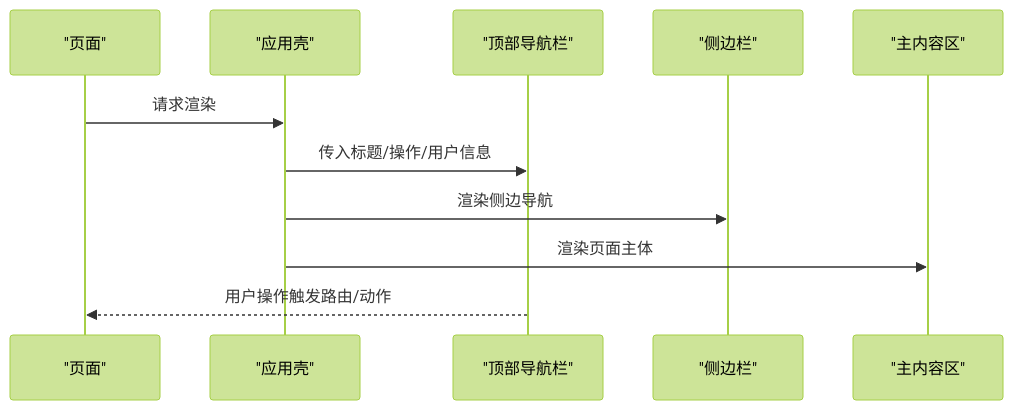
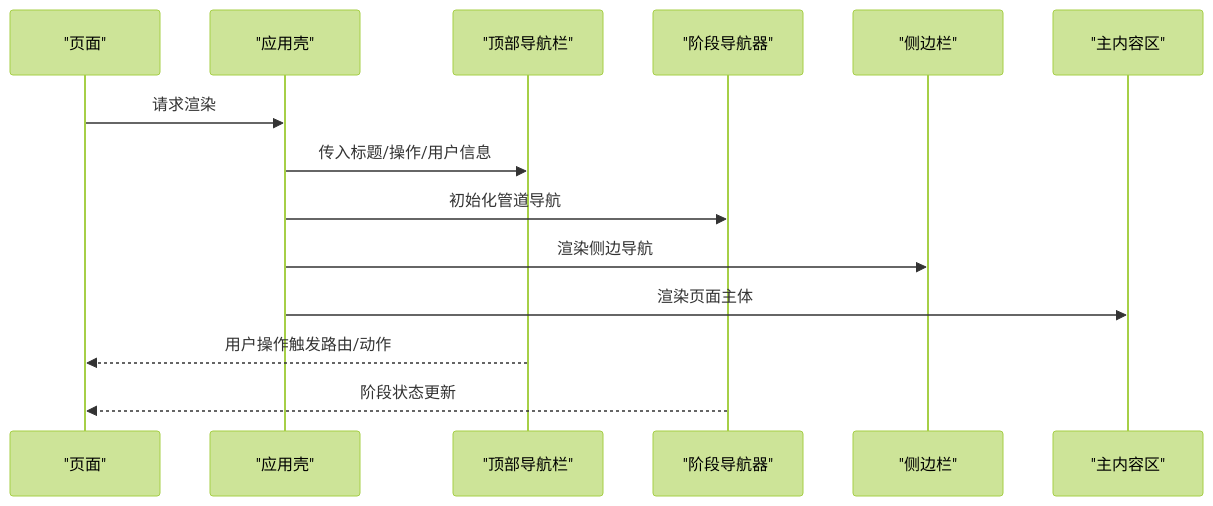
The fifth of 7 diagrams in .qoder/repowiki/zh/content/UI 组件库/业务组件/顶部导航栏组件.md (AIMFllyYS/code-video-canvas), drawn with Mermaid (forest theme) before and after one commit. The commit also changed other lines of this file and 51 other files, not shown here.

````diff
--- a/.qoder/repowiki/zh/content/UI 组件库/业务组件/顶部导航栏组件.md
+++ b/.qoder/repowiki/zh/content/UI 组件库/业务组件/顶部导航栏组件.md
@@ -236,13 +300,16 @@
 ```mermaid
 sequenceDiagram
 participant Page as "页面"
 participant Shell as "应用壳"
 participant TopBar as "顶部导航栏"
+participant StageNav as "阶段导航器"
 participant Sidebar as "侧边栏"
 participant Content as "主内容区"
 Page->>Shell : 请求渲染
 Shell->>TopBar : 传入标题/操作/用户信息
+Shell->>StageNav : 初始化管道导航
 Shell->>Sidebar : 渲染侧边导航
 Shell->>Content : 渲染页面主体
 TopBar-->>Page : 用户操作触发路由/动作
+StageNav-->>Page : 阶段状态更新
 ```
````
